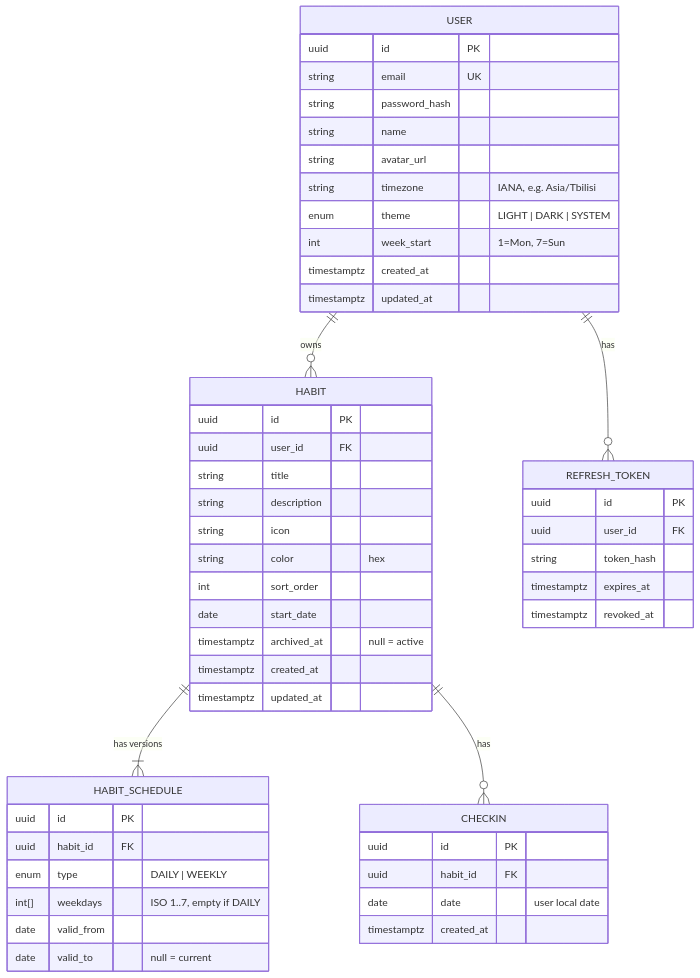
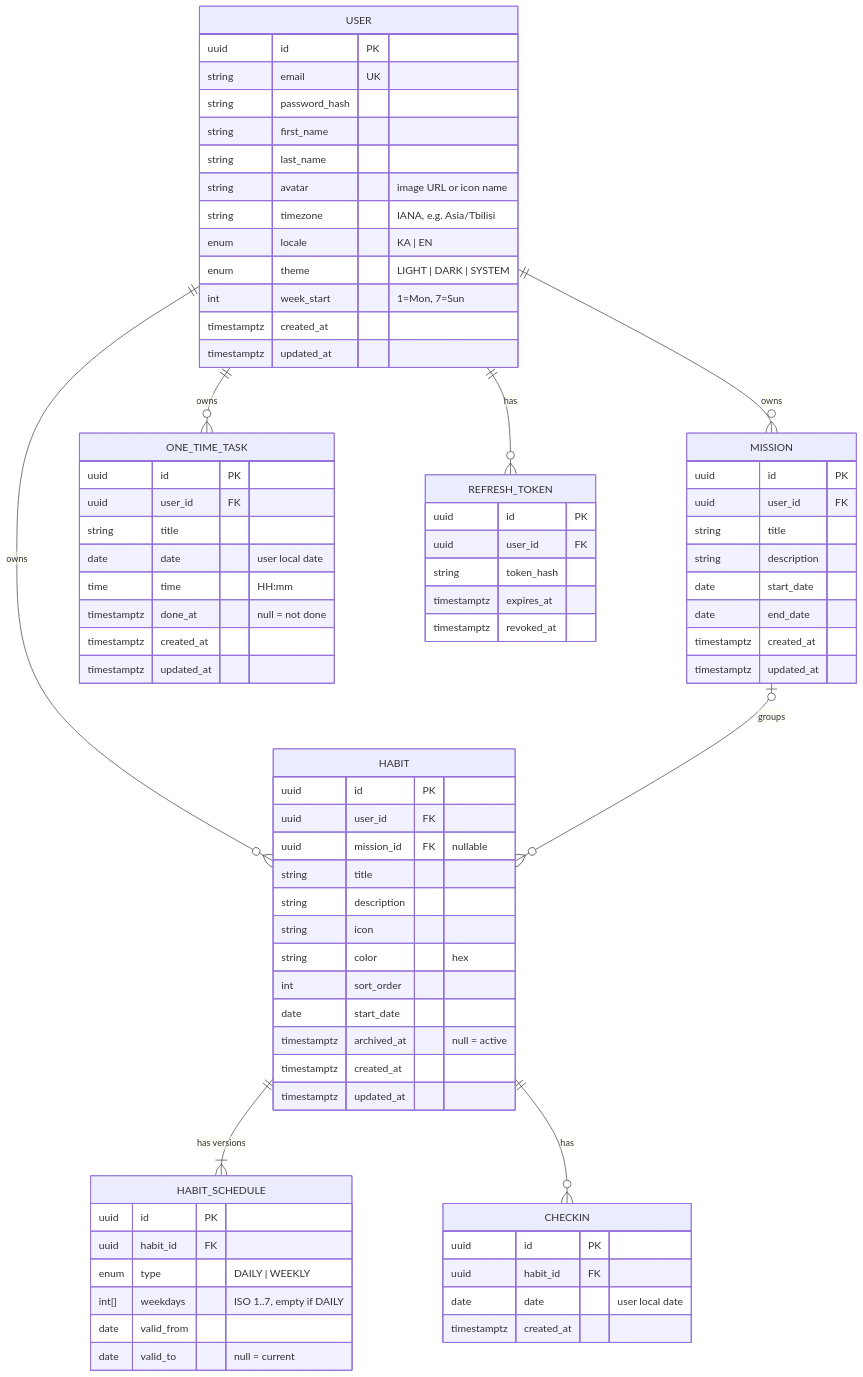
The third of 5 diagrams in docs/TDD.md (g-dolidze/todo.app), drawn with Mermaid before and after one commit. The commit also changed other lines of this file, not shown here.

````diff
--- a/docs/TDD.md
+++ b/docs/TDD.md
@@ -215,54 +269,80 @@
 ```mermaid
 erDiagram
     USER ||--o{ HABIT : owns
+    USER ||--o{ MISSION : owns
+    USER ||--o{ ONE_TIME_TASK : owns
     USER ||--o{ REFRESH_TOKEN : has
+    MISSION |o--o{ HABIT : groups
     HABIT ||--|{ HABIT_SCHEDULE : "has versions"
     HABIT ||--o{ CHECKIN : has
 
     USER {
         uuid id PK
         string email UK
         string password_hash
-        string name
-        string avatar_url
+        string first_name
+        string last_name
+        string avatar "image URL or icon name"
         string timezone "IANA, e.g. Asia/Tbilisi"
+        enum locale "KA | EN"
         enum theme "LIGHT | DARK | SYSTEM"
         int week_start "1=Mon, 7=Sun"
+        timestamptz created_at
+        timestamptz updated_at
+    }
+    MISSION {
+        uuid id PK
+        uuid user_id FK
+        string title
+        string description
+        date start_date
+        date end_date
+        timestamptz created_at
+        timestamptz updated_at
+    }
+    ONE_TIME_TASK {
+        uuid id PK
+        uuid user_id FK
+        string title
+        date date "user local date"
+        time time "HH:mm"
+        timestamptz done_at "null = not done"
         timestamptz created_at
         timestamptz updated_at
     }
     HABIT {
         uuid id PK
         uuid user_id FK
+        uuid mission_id FK "nullable"
         string title
         string description
         string icon
         string color "hex"
         int sort_order
         date start_date
         timestamptz archived_at "null = active"
         timestamptz created_at
         timestamptz updated_at
     }
     HABIT_SCHEDULE {
         uuid id PK
         uuid habit_id FK
         enum type "DAILY | WEEKLY"
         int[] weekdays "ISO 1..7, empty if DAILY"
         date valid_from
         date valid_to "null = current"
     }
     CHECKIN {
         uuid id PK
         uuid habit_id FK
         date date "user local date"
         timestamptz created_at
     }
     REFRESH_TOKEN {
         uuid id PK
         uuid user_id FK
         string token_hash
         timestamptz expires_at
         timestamptz revoked_at
     }
 ```
````
